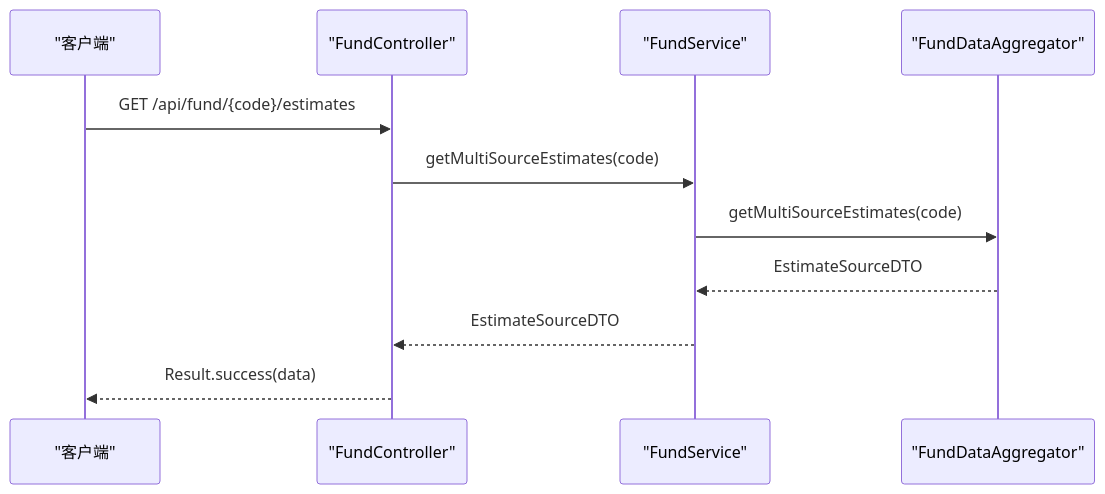
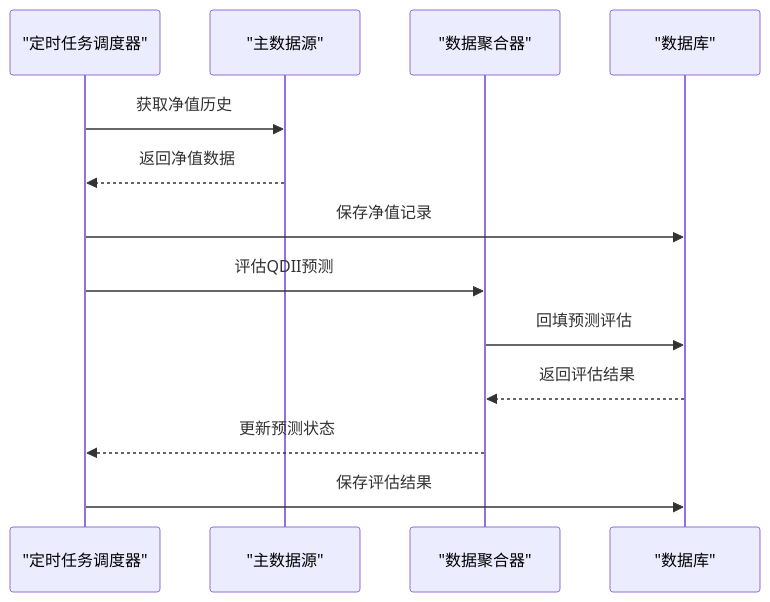
Before and after one commit to gree-coder/fund-butler: the third of 7 diagrams in .qoder/repowiki/zh/content/Agents Maintenance.md, drawn with Mermaid. The commit also changed other lines of this file and 7 other files, not shown here.

Commit message:
fix: 修复收益趋势图全0问题，实现历史收益计算逻辑

````diff
--- a/.qoder/repowiki/zh/content/Agents Maintenance.md
+++ b/.qoder/repowiki/zh/content/Agents Maintenance.md
@@ -195,13 +190,15 @@
 ```mermaid
 sequenceDiagram
-participant C as "客户端"
-participant Ctrl as "FundController"
-participant Svc as "FundService"
-participant Agg as "FundDataAggregator"
-C->>Ctrl : GET /api/fund/{code}/estimates
-Ctrl->>Svc : getMultiSourceEstimates(code)
-Svc->>Agg : getMultiSourceEstimates(code)
-Agg-->>Svc : EstimateSourceDTO
-Svc-->>Ctrl : EstimateSourceDTO
-Ctrl-->>C : Result.success(data)
+participant SCHED as "定时任务调度器"
+participant EM as "主数据源"
+participant AGG as "数据聚合器"
+participant DB as "数据库"
+SCHED->>EM : 获取净值历史
+EM-->>SCHED : 返回净值数据
+SCHED->>DB : 保存净值记录
+SCHED->>AGG : 评估QDII预测
+AGG->>DB : 回填预测评估
+DB-->>AGG : 返回评估结果
+AGG-->>SCHED : 更新预测状态
+SCHED->>DB : 保存评估结果
 ```
````
